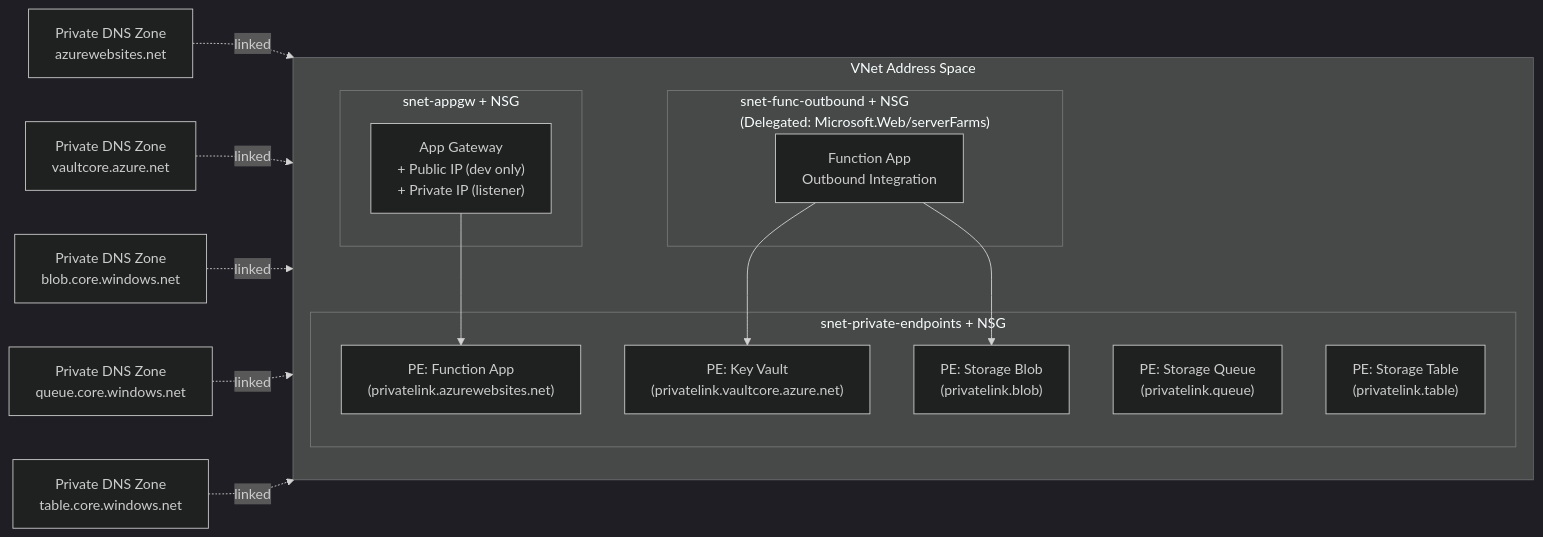
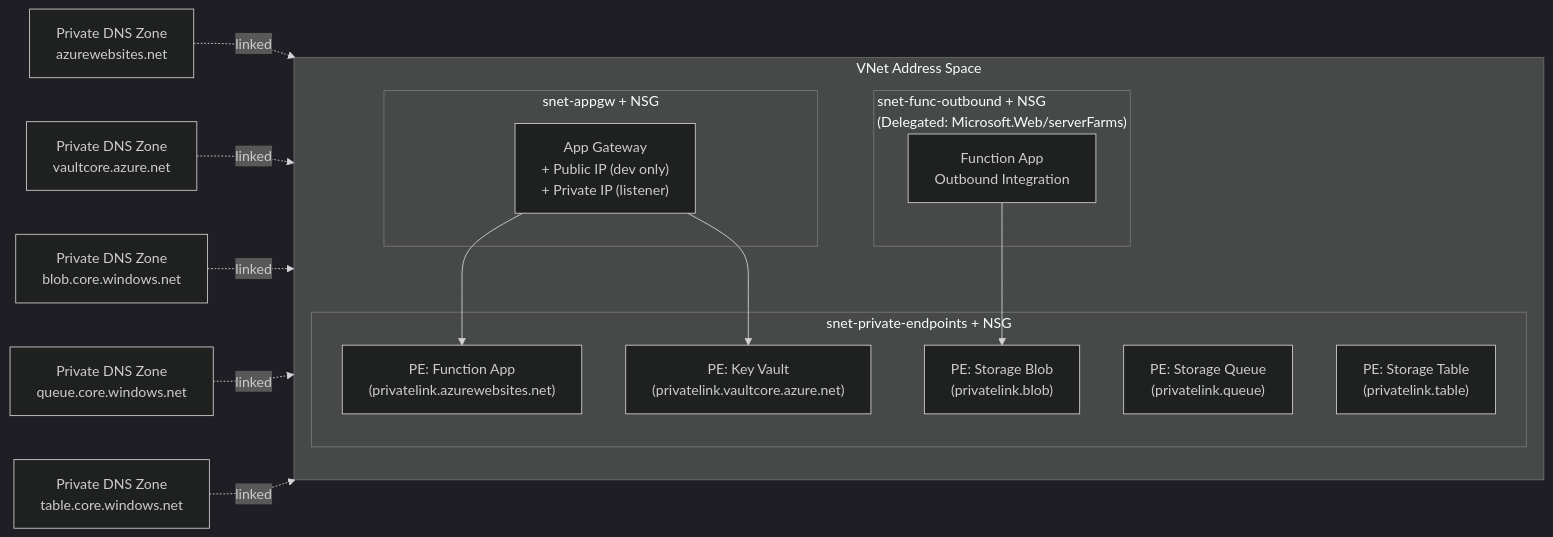
Before and after one commit to sbelal/checkout-platform-assessment: the second of 3 diagrams in docs/architecture.md, drawn with Mermaid (dark theme). The commit also changed other lines of this file and 22 other files, not shown here.

````diff
--- a/docs/architecture.md
+++ b/docs/architecture.md
@@ -71,28 +71,28 @@
 ```mermaid
 flowchart LR
     subgraph VNet["VNet Address Space"]
         subgraph S1["snet-appgw + NSG"]
             AGW["App Gateway\n+ Public IP (dev only)\n+ Private IP (listener)"]
         end
         subgraph S2["snet-private-endpoints + NSG"]
             PE1["PE: Function App\n(privatelink.azurewebsites.net)"]
             PE2["PE: Key Vault\n(privatelink.vaultcore.azure.net)"]
             PE3["PE: Storage Blob\n(privatelink.blob)"]
             PE4["PE: Storage Queue\n(privatelink.queue)"]
             PE5["PE: Storage Table\n(privatelink.table)"]
         end
         subgraph S3["snet-func-outbound + NSG\n(Delegated: Microsoft.Web/serverFarms)"]
             FO["Function App\nOutbound Integration"]
         end
     end
 
     AGW --> PE1
-    FO --> PE2
+    AGW --> PE2
     FO --> PE3
 
     DNS1["Private DNS Zone\nazurewebsites.net"] -. "linked" .-> VNet
     DNS2["Private DNS Zone\nvaultcore.azure.net"] -. "linked" .-> VNet
     DNS3["Private DNS Zone\nblob.core.windows.net"] -. "linked" .-> VNet
     DNS4["Private DNS Zone\nqueue.core.windows.net"] -. "linked" .-> VNet
     DNS5["Private DNS Zone\ntable.core.windows.net"] -. "linked" .-> VNet
 ```
````
